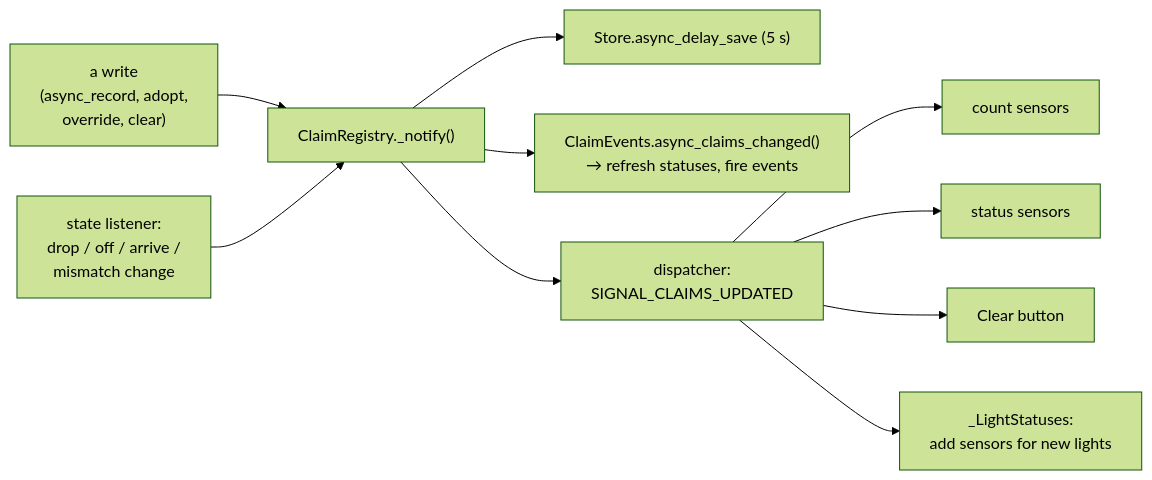
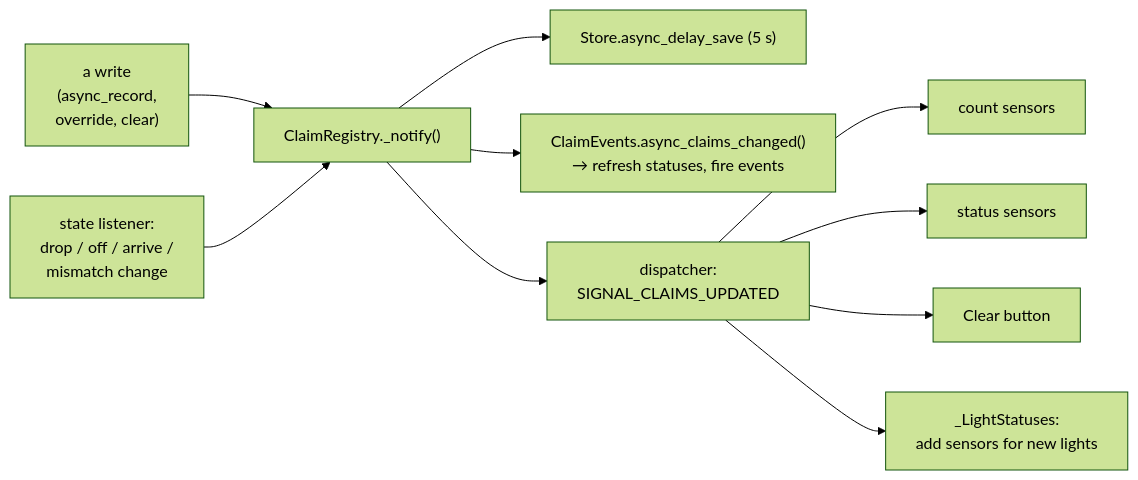
Before and after one commit to danrspencer/flare: the second of 3 diagrams in docs/architecture/event-loop.md, drawn with Mermaid (forest theme). The commit also changed other lines of this file and 17 other files, not shown here.

````diff
--- a/docs/architecture/event-loop.md
+++ b/docs/architecture/event-loop.md
@@ -125,12 +125,12 @@
 ```mermaid
 flowchart LR
-    W["a write<br/>(async_record, adopt,<br/>override, clear)"] --> N
+    W["a write<br/>(async_record,<br/>override, clear)"] --> N
     L["state listener:<br/>drop / off / arrive /<br/>mismatch change"] --> N
     N["ClaimRegistry._notify()"] --> SAVE["Store.async_delay_save (5 s)"]
     N --> EV["ClaimEvents.async_claims_changed()<br/>→ refresh statuses, fire events"]
     N --> SIG["dispatcher:<br/>SIGNAL_CLAIMS_UPDATED"]
     SIG --> CS["count sensors"]
     SIG --> LS["status sensors"]
     SIG --> BT["Clear button"]
     SIG --> NEW["_LightStatuses:<br/>add sensors for new lights"]
 ```
````
